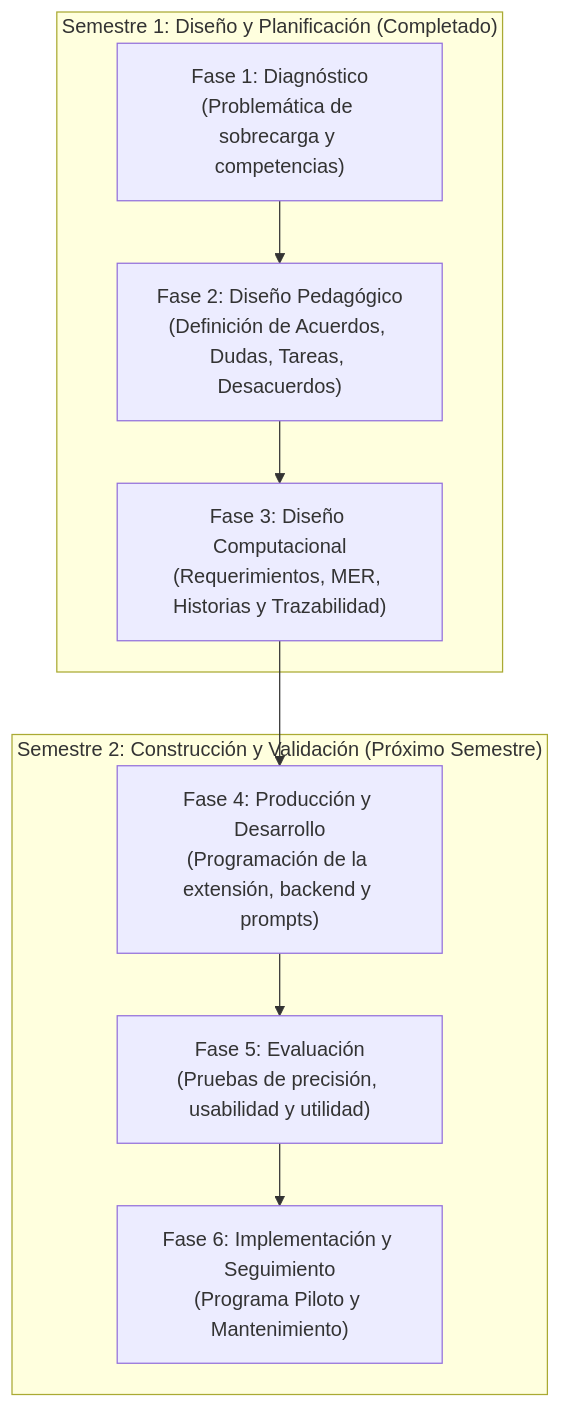
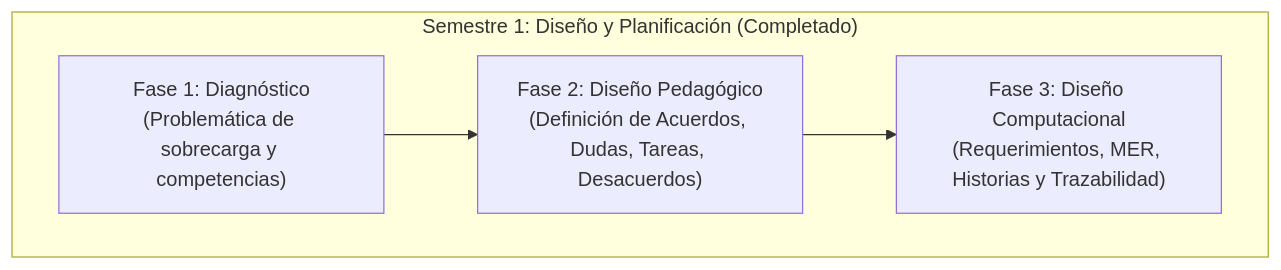
One commit to JoseDanielDurango/sicoco-modesec changed the diagram in SICOCO/13_alcance_1er_semestre.md. Above: the diagram before and after it, drawn with Mermaid.

````diff
--- a/SICOCO/13_alcance_1er_semestre.md
+++ b/SICOCO/13_alcance_1er_semestre.md
@@ -13,12 +13,7 @@
 ```mermaid
 graph TD
     subgraph S1 ["Semestre 1: Diseño y Planificación (Completado)"]
         F1["Fase 1: Diagnóstico<br>(Problemática de sobrecarga y competencias)"] --> F2["Fase 2: Diseño Pedagógico<br>(Definición de Acuerdos, Dudas, Tareas, Desacuerdos)"]
         F2 --> F3["Fase 3: Diseño Computacional<br>(Requerimientos, MER, Historias y Trazabilidad)"]
     end
-    subgraph S2 ["Semestre 2: Construcción y Validación (Próximo Semestre)"]
-        F3 --> F4["Fase 4: Producción y Desarrollo<br>(Programación de la extensión, backend y prompts)"]
-        F4 --> F5["Fase 5: Evaluación<br>(Pruebas de precisión, usabilidad y utilidad)"]
-        F5 --> F6["Fase 6: Implementación y Seguimiento<br>(Programa Piloto y Mantenimiento)"]
-    end
 ```
````
